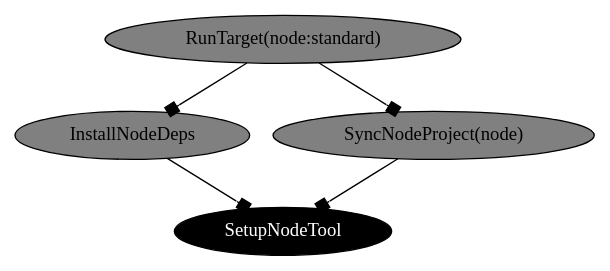
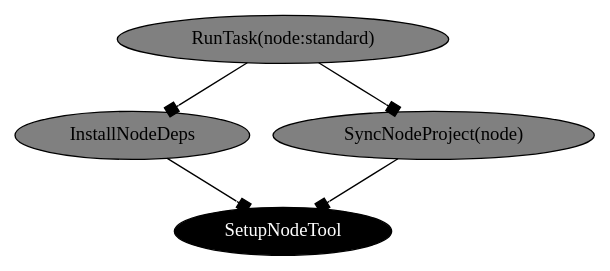
Before and after one commit to moonrepo/moon: the diagram in website/docs/commands/dep-graph.mdx, drawn with Graphviz. The commit also changed 13 other files, not shown here.

````diff
--- a/website/docs/commands/dep-graph.mdx
+++ b/website/docs/commands/dep-graph.mdx
@@ -32,12 +32,12 @@
 ```dot
 digraph {
     0 [ label="SetupNodeTool" style=filled, shape=oval, fillcolor=black, fontcolor=white]
     1 [ label="InstallNodeDeps" style=filled, shape=oval, fillcolor=gray, fontcolor=black]
     2 [ label="SyncNodeProject(node)" style=filled, shape=oval, fillcolor=gray, fontcolor=black]
-    3 [ label="RunTarget(node:standard)" style=filled, shape=oval, fillcolor=gray, fontcolor=black]
+    3 [ label="RunTask(node:standard)" style=filled, shape=oval, fillcolor=gray, fontcolor=black]
     1 -> 0 [ arrowhead=box, arrowtail=box]
     2 -> 0 [ arrowhead=box, arrowtail=box]
     3 -> 1 [ arrowhead=box, arrowtail=box]
     3 -> 2 [ arrowhead=box, arrowtail=box]
 }
 ```
````
